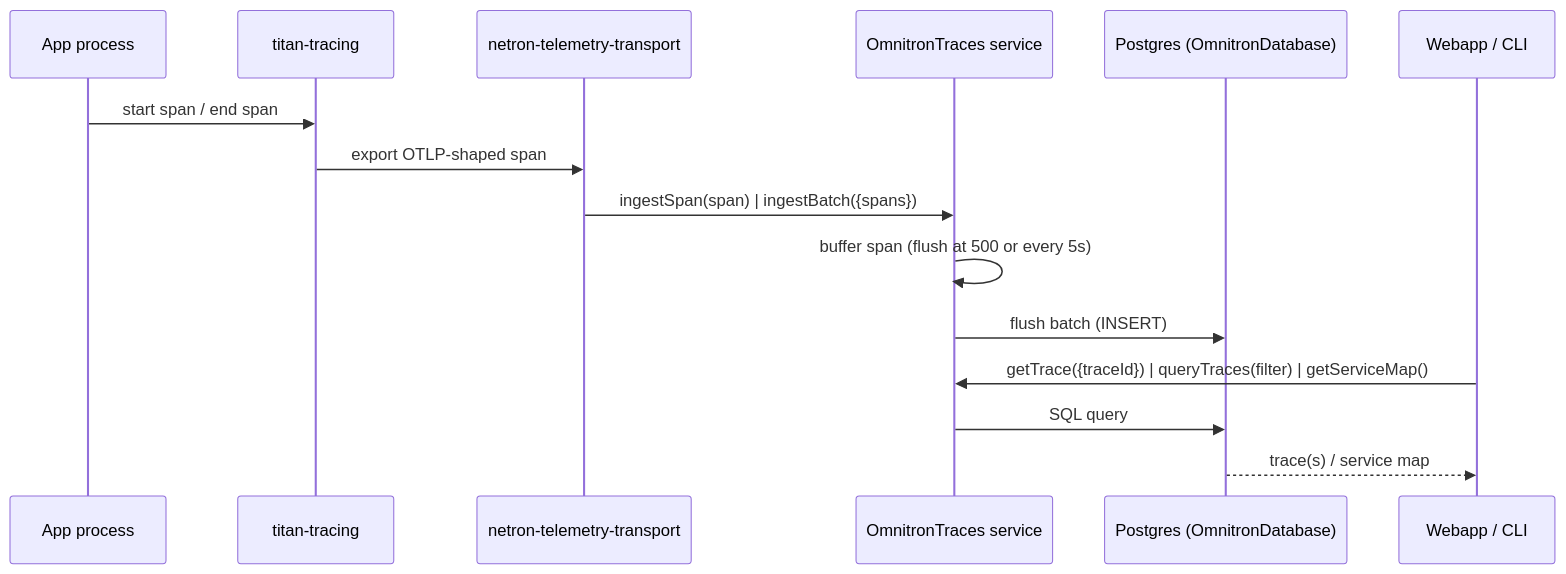
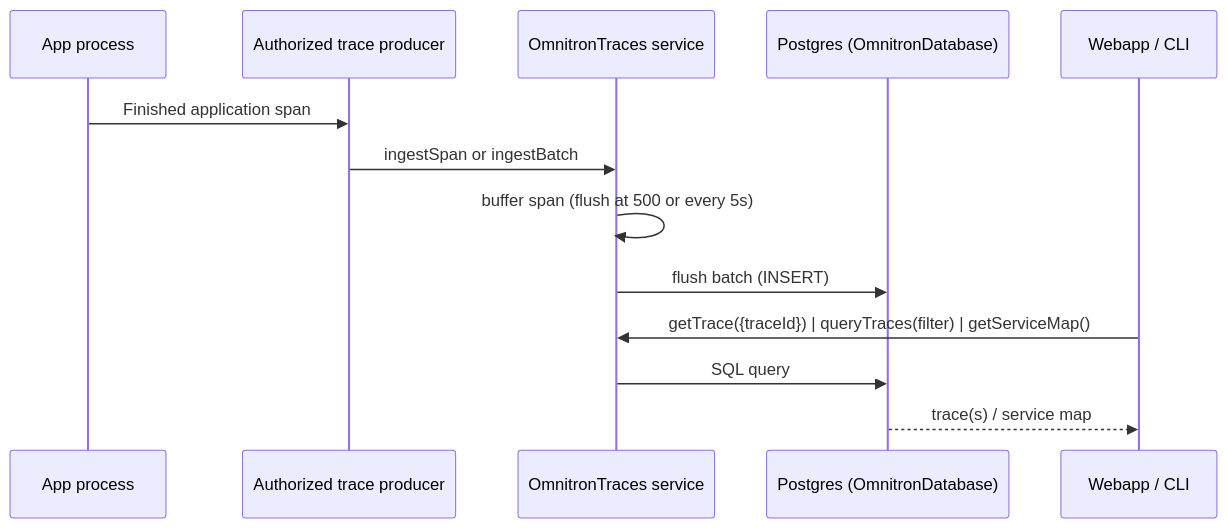
Before and after one commit to omnitron-dev/website: the second of 3 diagrams in docs/omnitron/observability.md, drawn with Mermaid. The commit also changed other lines of this file and 17 other files, not shown here.

````diff
--- a/docs/omnitron/observability.md
+++ b/docs/omnitron/observability.md
@@ -379,18 +326,16 @@
 ```mermaid
 sequenceDiagram
   participant App as App process
-  participant OTel as titan-tracing
-  participant Trans as netron-telemetry-transport
+  participant Producer as Authorized trace producer
   participant TC as OmnitronTraces service
   participant Store as Postgres (OmnitronDatabase)
   participant UI as Webapp / CLI
 
-  App->>OTel: start span / end span
-  OTel->>Trans: export OTLP-shaped span
-  Trans->>TC: ingestSpan(span) | ingestBatch({spans})
+  App->>Producer: Finished application span
+  Producer->>TC: ingestSpan or ingestBatch
   TC->>TC: buffer span (flush at 500 or every 5s)
   TC->>Store: flush batch (INSERT)
   UI->>TC: getTrace({traceId}) | queryTraces(filter) | getServiceMap()
   TC->>Store: SQL query
   Store-->>UI: trace(s) / service map
 ```
````
